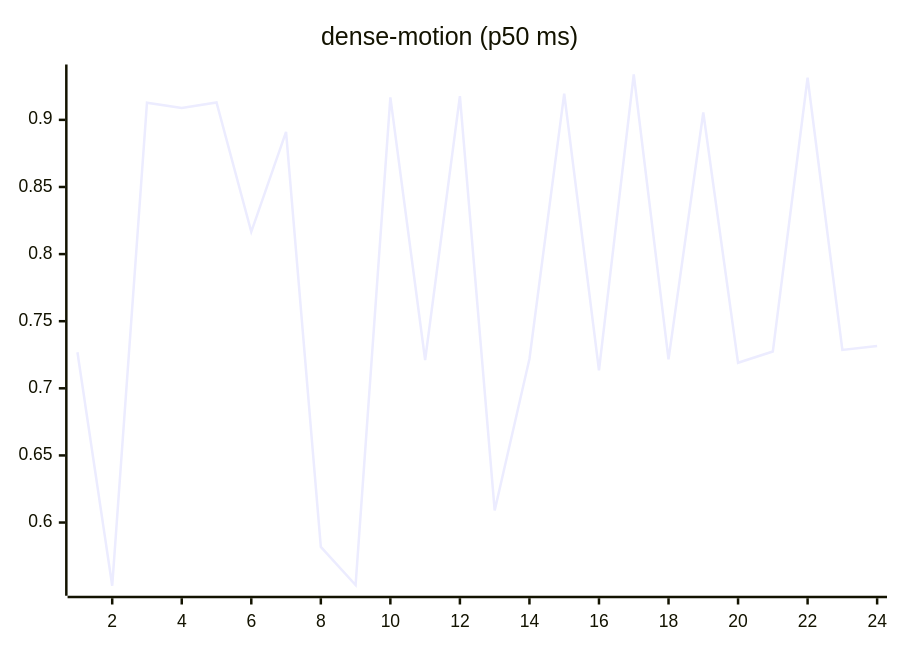
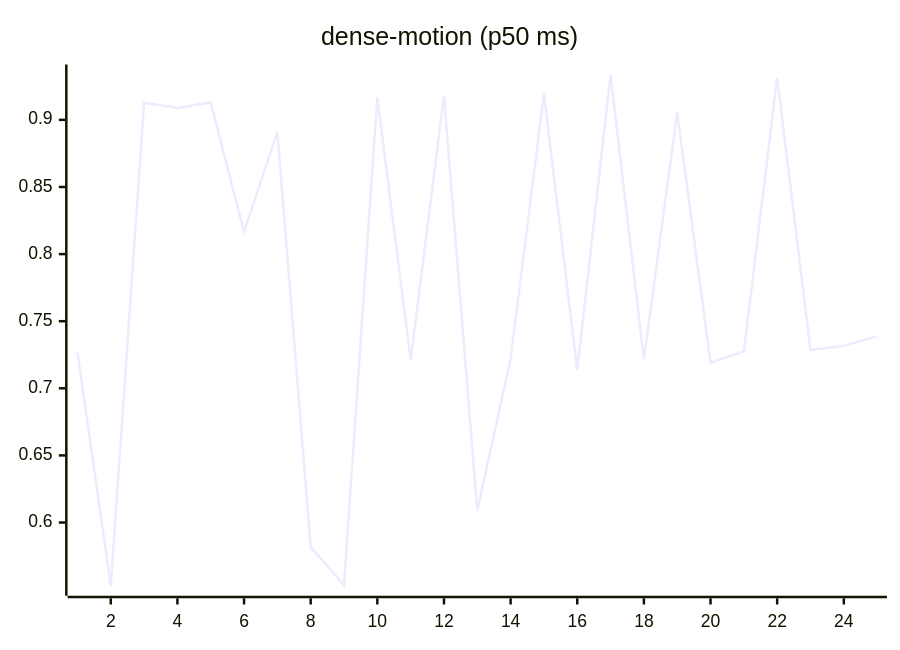
One commit to josha/Facet changed the ninth of 27 diagrams in README.md. Above: the diagram before and after it, drawn with Mermaid. The commit also changed other lines of this file and 2 other files, not shown here.

````diff
--- a/README.md
+++ b/README.md
@@ -119,6 +119,6 @@
 ```mermaid
 xychart-beta
     title "dense-motion (p50 ms)"
-    x-axis 1 --> 24
-    line [0.7269, 0.5529, 0.9128, 0.9089, 0.9130, 0.8166, 0.8911, 0.5818, 0.5534, 0.9168, 0.7211, 0.9177, 0.6090, 0.7219, 0.9196, 0.7134, 0.9338, 0.7216, 0.9055, 0.7190, 0.7274, 0.9314, 0.7286, 0.7316]
+    x-axis 1 --> 25
+    line [0.7269, 0.5529, 0.9128, 0.9089, 0.9130, 0.8166, 0.8911, 0.5818, 0.5534, 0.9168, 0.7211, 0.9177, 0.6090, 0.7219, 0.9196, 0.7134, 0.9338, 0.7216, 0.9055, 0.7190, 0.7274, 0.9314, 0.7286, 0.7316, 0.7389]
 ```
````
